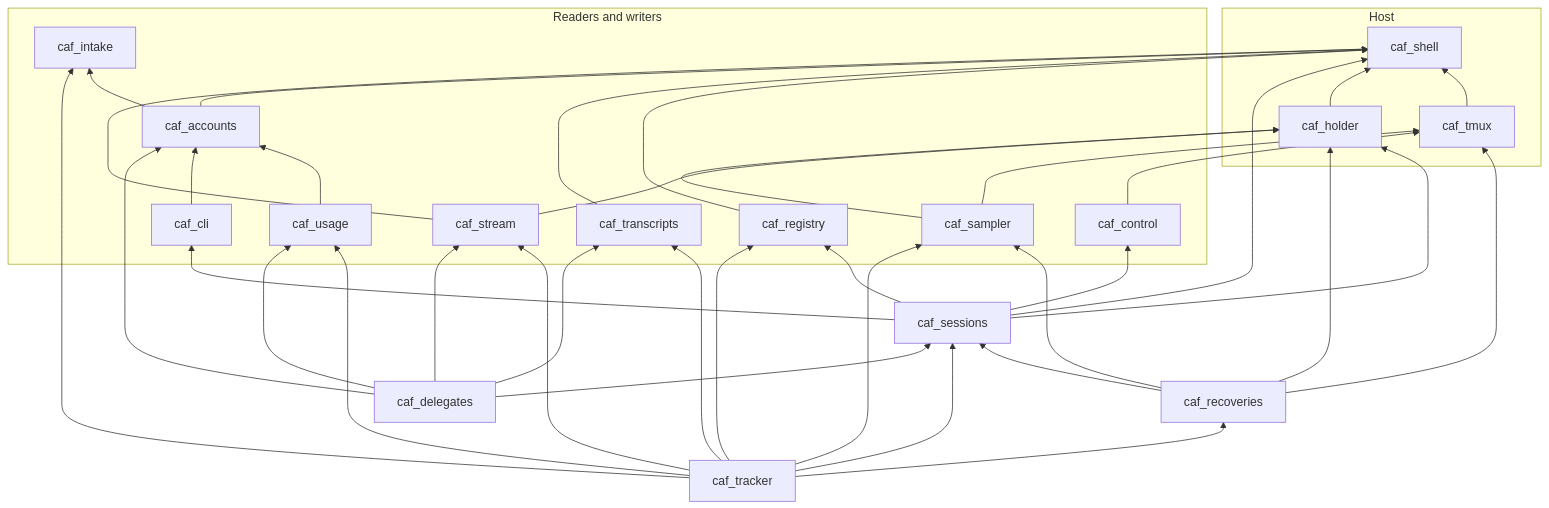
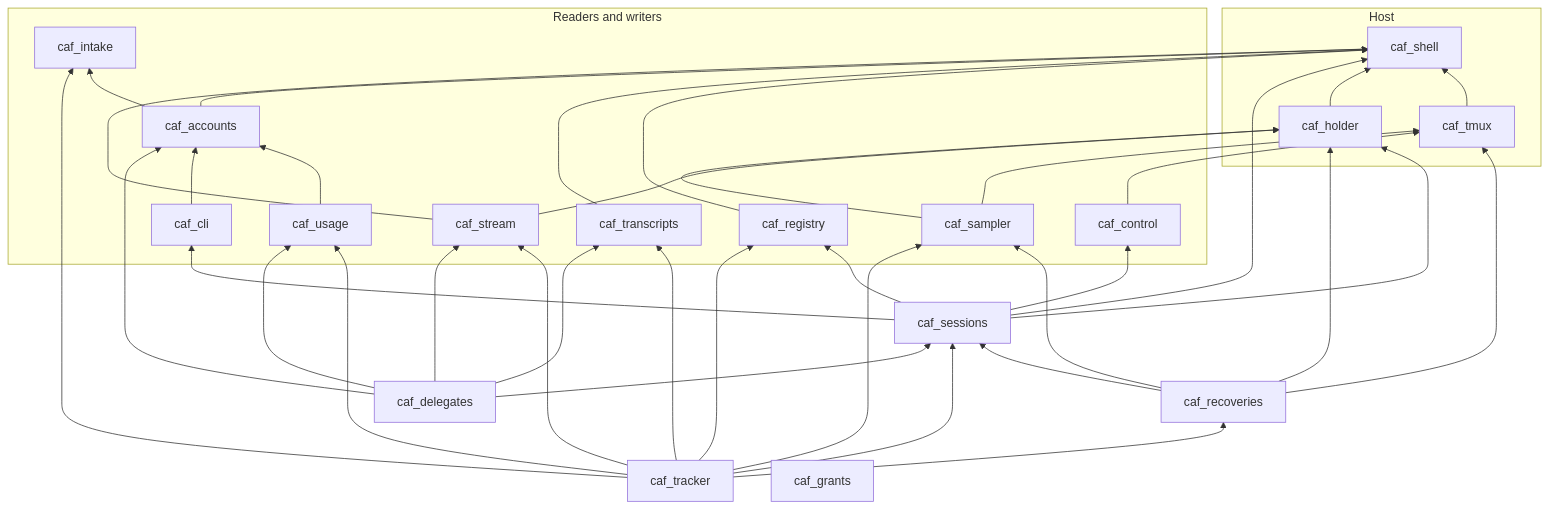
The second of 2 diagrams in README.md (SushyDev/coding_agent_framework), drawn with Mermaid before and after one commit. The commit also changed other lines of this file and 6 other files, not shown here.

````diff
--- a/README.md
+++ b/README.md
@@ -109,59 +109,60 @@
 ```mermaid
 flowchart BT
   subgraph host_layer["Host"]
     shell[caf_shell]
     tmux[caf_tmux]
     holder[caf_holder]
   end
   subgraph io["Readers and writers"]
     registry[caf_registry]
     transcripts[caf_transcripts]
     intake[caf_intake]
     accounts[caf_accounts]
     usage[caf_usage]
     cli[caf_cli]
     control[caf_control]
     stream[caf_stream]
     sampler[caf_sampler]
   end
   sessions[caf_sessions]
   recoveries[caf_recoveries]
   tracker[caf_tracker]
   delegates[caf_delegates]
+  grants[caf_grants]
 
   tmux --> shell
   holder --> shell
   registry --> shell
   transcripts --> shell
   accounts --> shell
   accounts --> intake
   usage --> accounts
   cli --> accounts
   control --> tmux
   stream --> shell
   stream --> holder
   sampler --> tmux
   sampler --> holder
   sessions --> shell
   sessions --> holder
   sessions --> registry
   sessions --> cli
   sessions --> control
   recoveries --> tmux
   recoveries --> holder
   recoveries --> sampler
   recoveries --> sessions
   tracker --> registry
   tracker --> transcripts
   tracker --> intake
   tracker --> usage
   tracker --> stream
   tracker --> sampler
   tracker --> sessions
   tracker --> recoveries
   delegates --> accounts
   delegates --> usage
   delegates --> stream
   delegates --> sessions
   delegates --> transcripts
 ```
````
